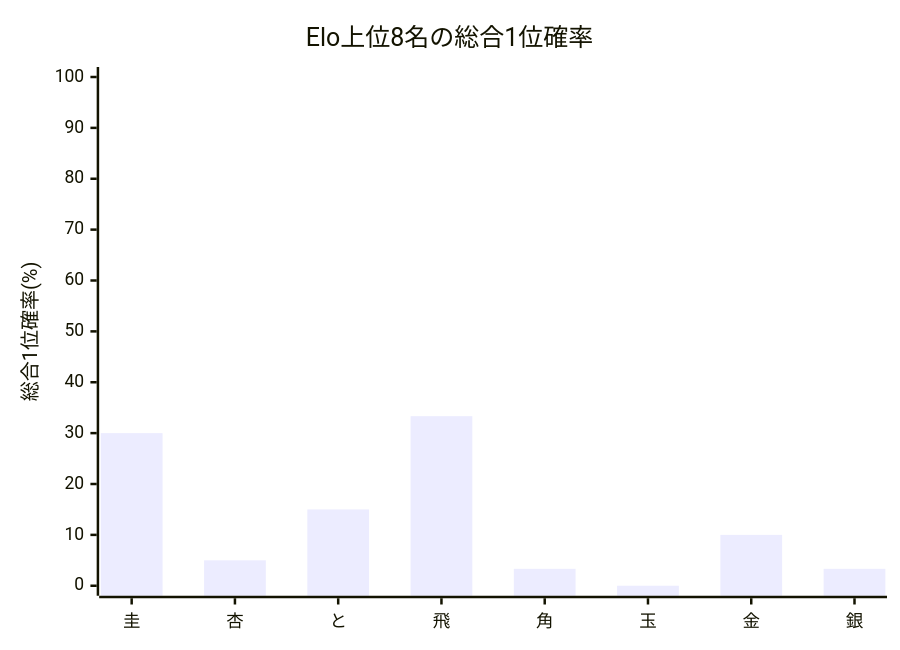
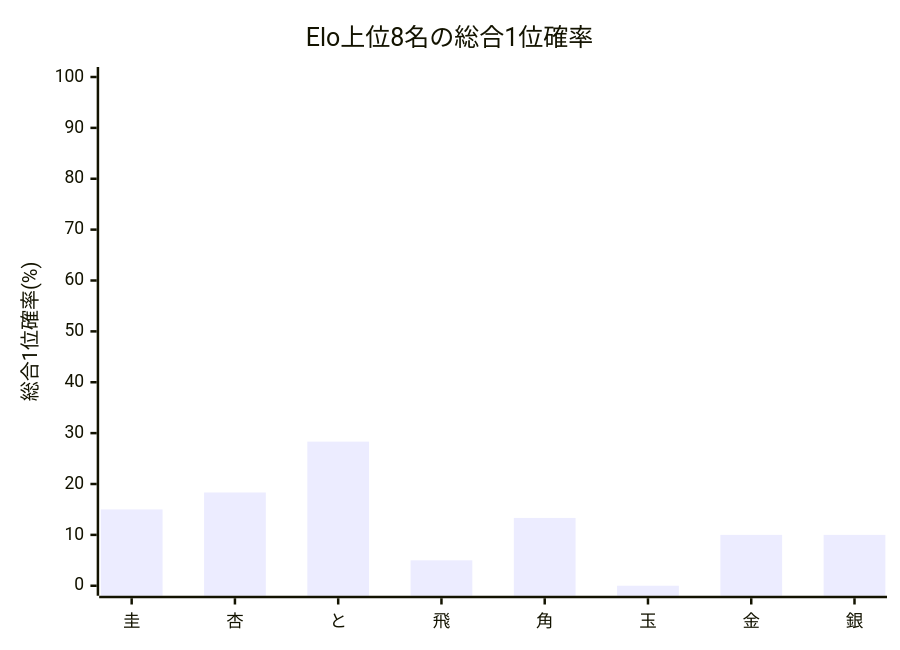
Before and after one commit to muzudho/ShogiTournamentSystemAnalyzer: the second of 2 diagrams in Output/TournamentQualityEvaluator/TournamentQualityReport/Summary/[トップ集団大きめ]_[FinalStage_Single10_STSAInput3_smoke]_quality_summary.md, drawn with Mermaid. The commit also changed other lines of this file and 45 other files, not shown here.

````diff
--- a/Output/TournamentQualityEvaluator/TournamentQualityReport/Summary/[トップ集団大きめ]_[FinalStage_Single10_STSAInput3_smoke]_quality_summary.md
+++ b/Output/TournamentQualityEvaluator/TournamentQualityReport/Summary/[トップ集団大きめ]_[FinalStage_Single10_STSAInput3_smoke]_quality_summary.md
@@ -51,7 +51,7 @@
 ```mermaid
 xychart-beta
     title "Elo上位8名の総合1位確率"
     x-axis ["圭", "杏", "と", "飛", "角", "玉", "金", "銀"]
     y-axis "総合1位確率(%)" 0 --> 100
-    bar [30.00, 5.00, 15.00, 33.33, 3.33, 0.00, 10.00, 3.33]
+    bar [15.00, 18.33, 28.33, 5.00, 13.33, 0.00, 10.00, 10.00]
 ```
````
